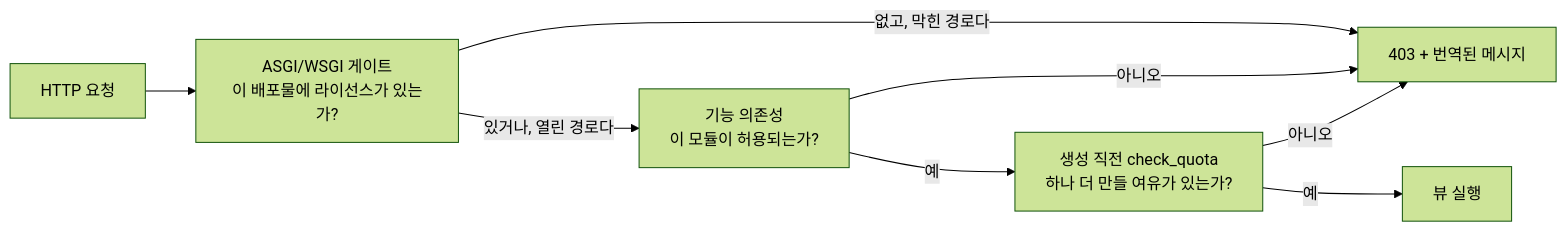
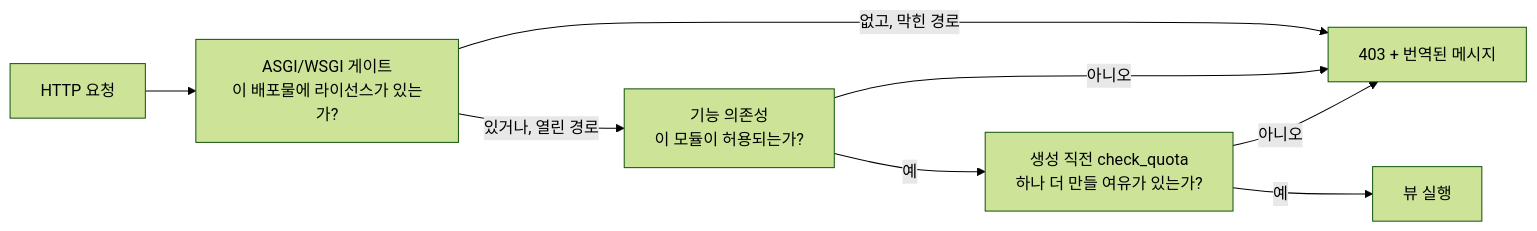
Before and after one commit to accesscore-dev/accesscore-license-sdk-dist: the second of 2 diagrams in docs/manual/ko/python.md, drawn with Mermaid (forest theme). The commit also changed other lines of this file and 6 other files, not shown here.

Commit message:
docs: hold the Korean diagrams to the same style as the prose

````diff
--- a/docs/manual/ko/python.md
+++ b/docs/manual/ko/python.md
@@ -129,10 +129,10 @@
 ```mermaid
 flowchart LR
     R[HTTP 요청] --> F[ASGI/WSGI 게이트<br/>이 배포물에 라이선스가 있는가?]
-    F -->|없고, 막힌 경로다| X403[403 + 번역된 메시지]
-    F -->|있거나, 열린 경로다| A[기능 의존성<br/>이 모듈이 허용되는가?]
+    F -->|없고, 막힌 경로| X403[403 + 번역된 메시지]
+    F -->|있거나, 열린 경로| A[기능 의존성<br/>이 모듈이 허용되는가?]
     A -->|아니오| X403
     A -->|예| Q[생성 직전 check_quota<br/>하나 더 만들 여유가 있는가?]
     Q -->|아니오| X403
     Q -->|예| H[뷰 실행]
 ```
````
